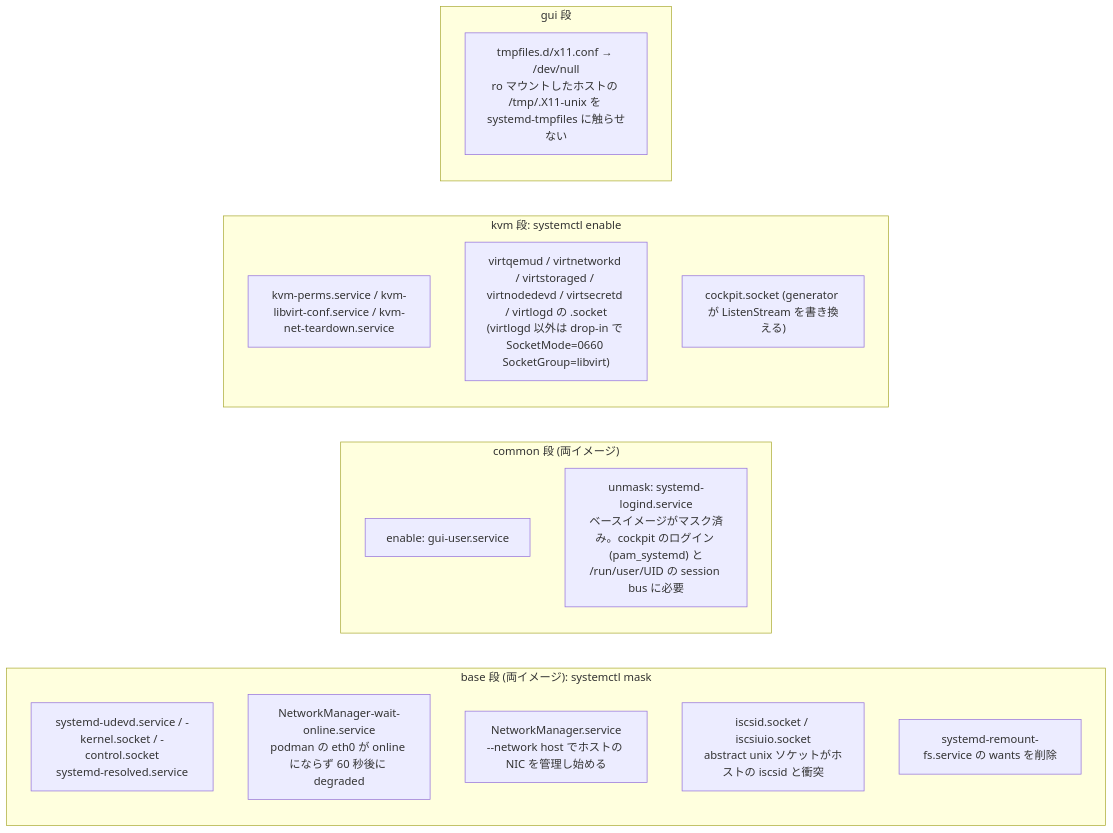
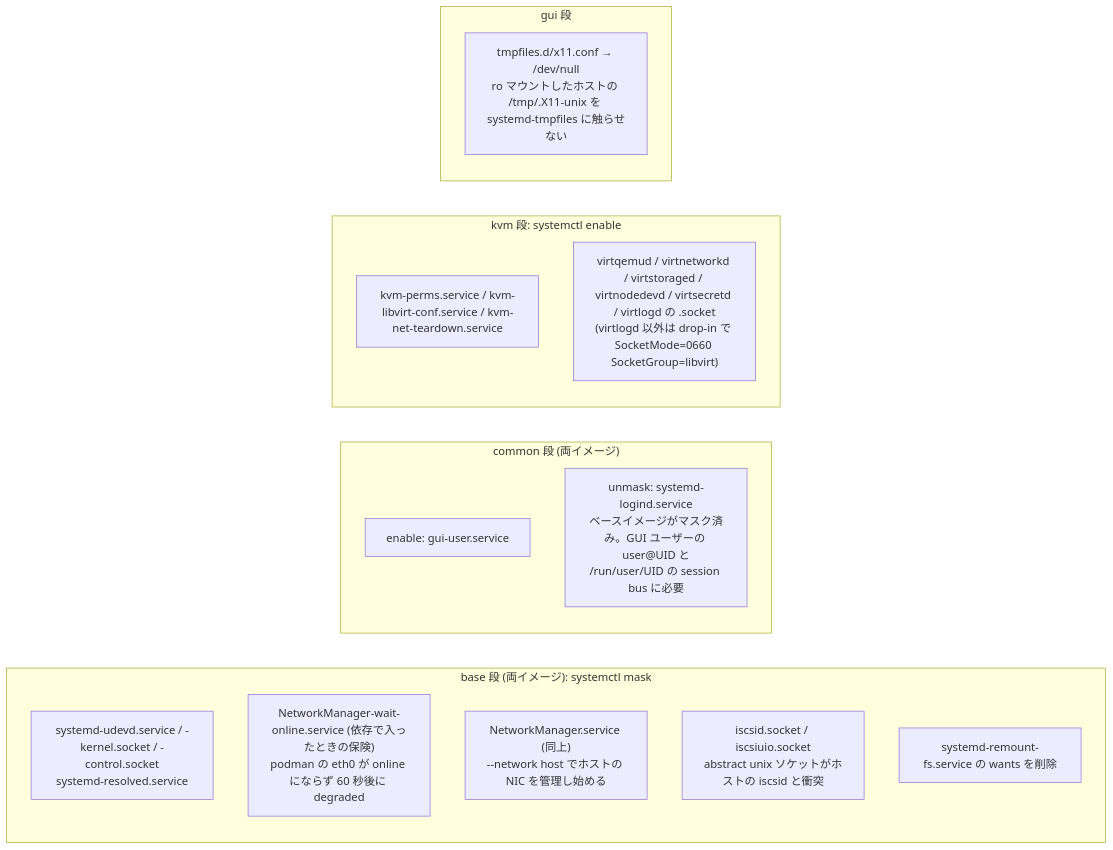
The sixth of 22 diagrams in docs/SPEC.md (ryo-aoki-pc/kvm-container), drawn with Mermaid before and after one commit. The commit also changed other lines of this file and 11 other files, not shown here.

````diff
--- a/docs/SPEC.md
+++ b/docs/SPEC.md
@@ -356,22 +336,21 @@
 ```mermaid
 flowchart LR
   subgraph base ["base 段 (両イメージ): systemctl mask"]
     m1["systemd-udevd.service / -kernel.socket / -control.socket<br/>systemd-resolved.service"]
-    m2["NetworkManager-wait-online.service<br/>podman の eth0 が online にならず 60 秒後に degraded"]
-    m3["NetworkManager.service<br/>--network host でホストの NIC を管理し始める"]
+    m2["NetworkManager-wait-online.service (依存で入ったときの保険)<br/>podman の eth0 が online にならず 60 秒後に degraded"]
+    m3["NetworkManager.service (同上)<br/>--network host でホストの NIC を管理し始める"]
     m4["iscsid.socket / iscsiuio.socket<br/>abstract unix ソケットがホストの iscsid と衝突"]
     m5["systemd-remount-fs.service の wants を削除"]
   end
   subgraph common ["common 段 (両イメージ)"]
     e0["enable: gui-user.service"]
-    u1["unmask: systemd-logind.service<br/>ベースイメージがマスク済み。cockpit のログイン (pam_systemd) と<br/>/run/user/UID の session bus に必要"]
+    u1["unmask: systemd-logind.service<br/>ベースイメージがマスク済み。GUI ユーザーの user@UID と<br/>/run/user/UID の session bus に必要"]
   end
   subgraph kvm ["kvm 段: systemctl enable"]
     e1["kvm-perms.service / kvm-libvirt-conf.service / kvm-net-teardown.service"]
     e2["virtqemud / virtnetworkd / virtstoraged / virtnodedevd / virtsecretd / virtlogd の .socket<br/>(virtlogd 以外は drop-in で SocketMode=0660 SocketGroup=libvirt)"]
-    e3["cockpit.socket (generator が ListenStream を書き換える)"]
   end
   subgraph gui ["gui 段"]
     x1["tmpfiles.d/x11.conf → /dev/null<br/>ro マウントしたホストの /tmp/.X11-unix を systemd-tmpfiles に触らせない"]
   end
 ```
````
